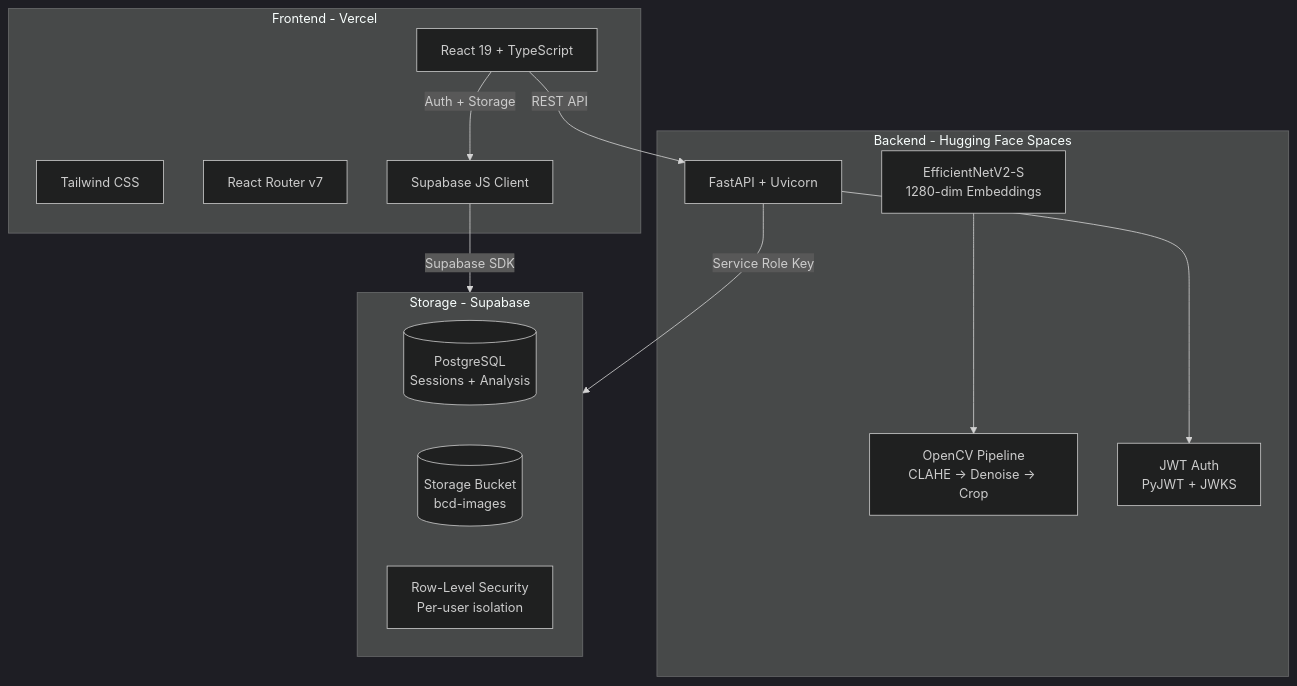
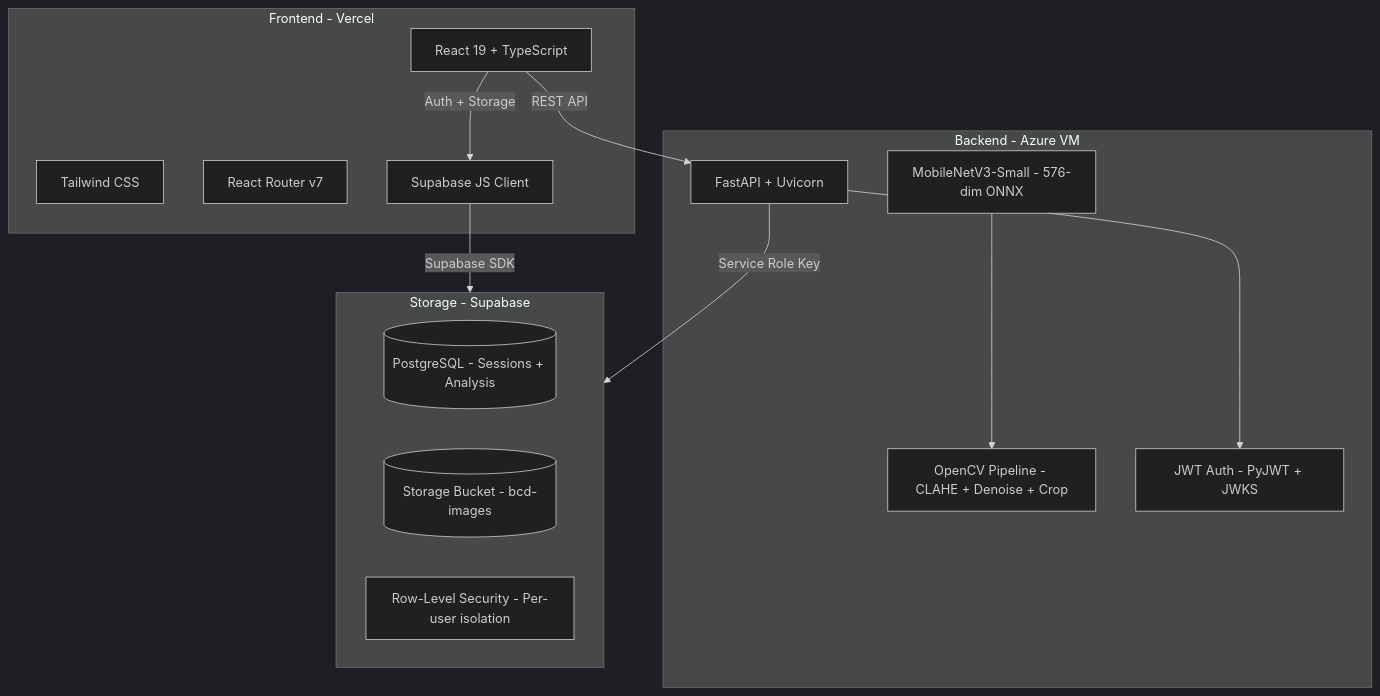
One commit to muneer406/BCD changed the first of 2 diagrams in README.md. Above: the diagram before and after it, drawn with Mermaid (dark theme). The commit also changed other lines of this file and 1 other file, not shown here.

Commit message:
fix: CI lint (remove unused Lock import), README badges + Mermaid diagram fixes

````diff
--- a/README.md
+++ b/README.md
@@ -62,29 +62,29 @@
 ```mermaid
 flowchart TB
     subgraph Frontend["Frontend - Vercel"]
         A[React 19 + TypeScript]
         B[Tailwind CSS]
         C[React Router v7]
         D[Supabase JS Client]
     end
 
-    subgraph Backend["Backend - Hugging Face Spaces"]
+    subgraph Backend["Backend - Azure VM"]
         E[FastAPI + Uvicorn]
-        F[EfficientNetV2-S<br/>1280-dim Embeddings]
-        G[OpenCV Pipeline<br/>CLAHE → Denoise → Crop]
-        H[JWT Auth<br/>PyJWT + JWKS]
+        F[MobileNetV3-Small - 576-dim ONNX]
+        G[OpenCV Pipeline - CLAHE + Denoise + Crop]
+        H[JWT Auth - PyJWT + JWKS]
     end
 
     subgraph Storage["Storage - Supabase"]
-        I[(PostgreSQL<br/>Sessions + Analysis)]
-        J[(Storage Bucket<br/>bcd-images)]
-        K[Row-Level Security<br/>Per-user isolation]
+        I[(PostgreSQL - Sessions + Analysis)]
+        J[(Storage Bucket - bcd-images)]
+        K[Row-Level Security - Per-user isolation]
     end
 
     A -->|Auth + Storage| D
     D -->|Supabase SDK| Storage
     E -->|Service Role Key| Storage
     F --> G
     A -->|REST API| E
     E --> H
 ```
````
